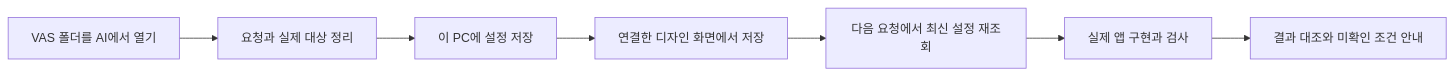
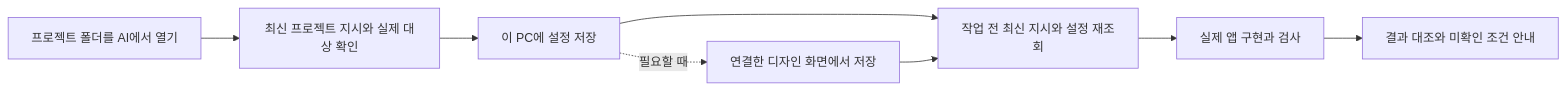
One commit to zmsqnfl-commits/quintpact-vas changed the diagram in docs/CHAT-START.md. Above: the diagram before and after it, drawn with Mermaid. The commit also changed other lines of this file and 44 other files, not shown here.

````diff
--- a/docs/CHAT-START.md
+++ b/docs/CHAT-START.md
@@ -19,9 +21,10 @@
 ```mermaid
 flowchart LR
-  A[VAS 폴더를 AI에서 열기] --> B[요청과 실제 대상 정리]
+  A[프로젝트 폴더를 AI에서 열기] --> B[최신 프로젝트 지시와 실제 대상 확인]
   B --> C[이 PC에 설정 저장]
-  C --> D[연결한 디자인 화면에서 저장]
-  D --> E[다음 요청에서 최신 설정 재조회]
+  C --> E[작업 전 최신 지시와 설정 재조회]
+  C -. 필요할 때 .-> D[연결한 디자인 화면에서 저장]
+  D --> E
   E --> F[실제 앱 구현과 검사]
   F --> G[결과 대조와 미확인 조건 안내]
 ```
````
